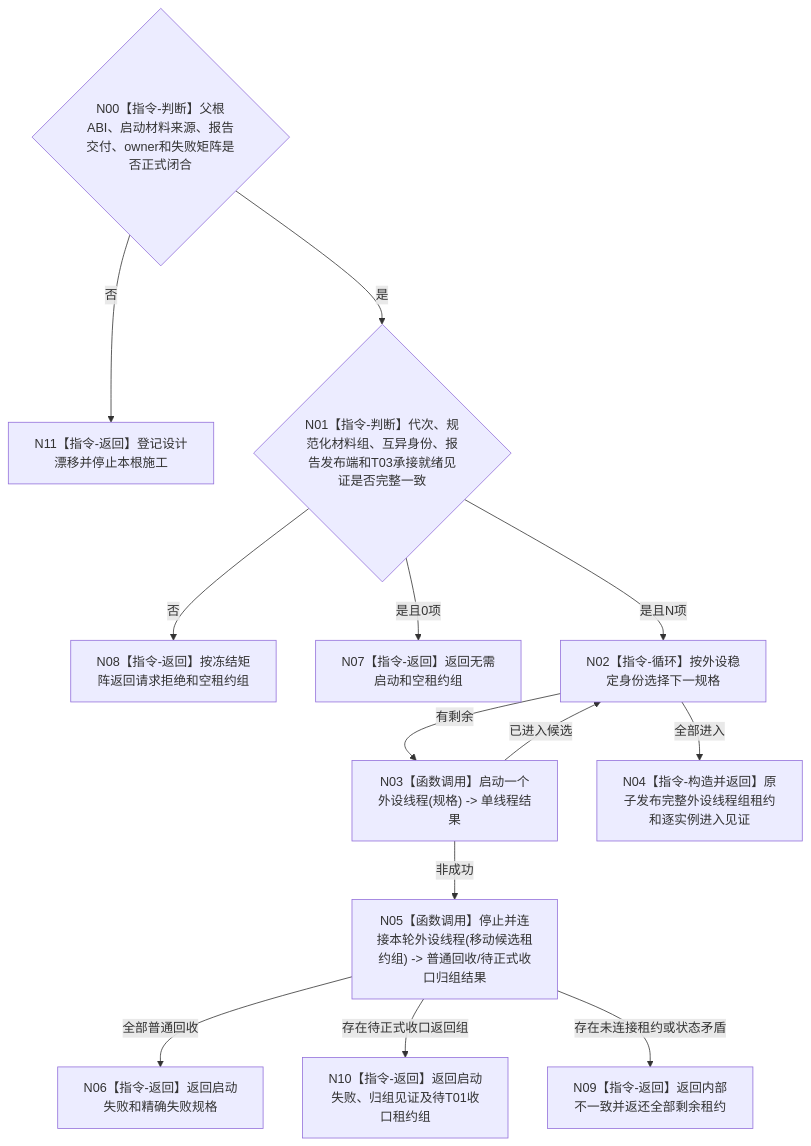
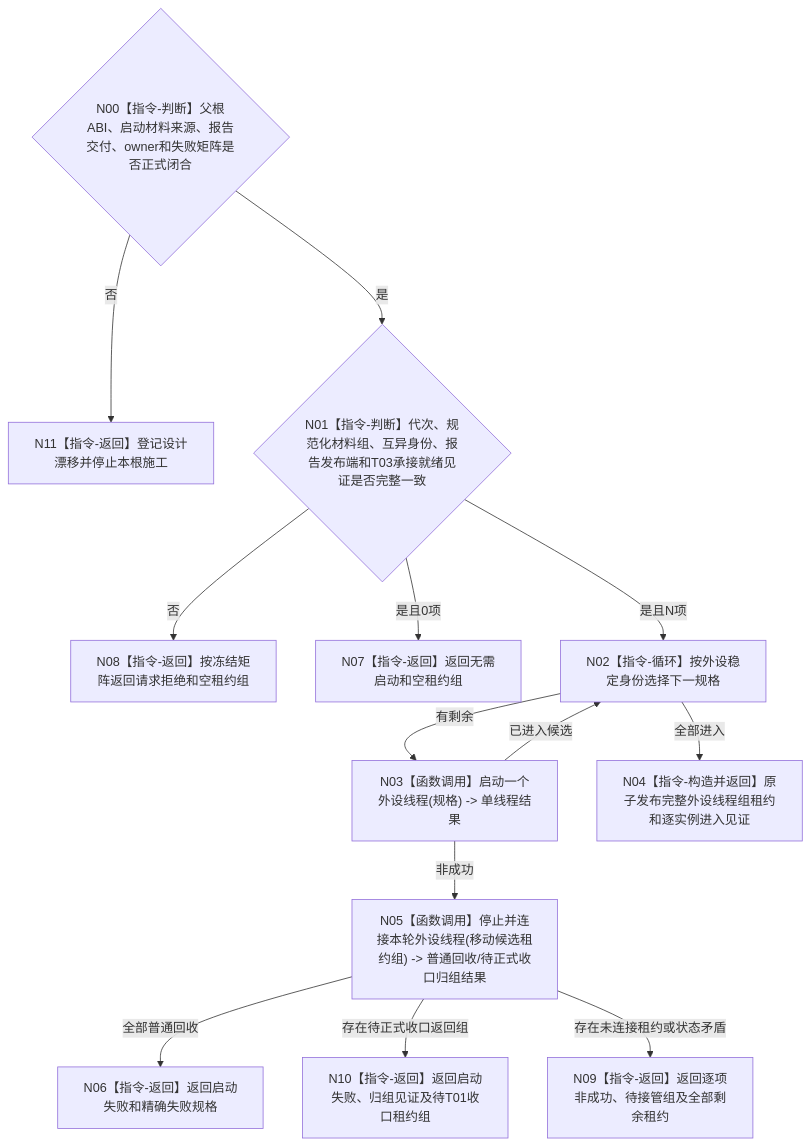
Before and after one commit to chunhaizh-cyber/HY-Ego: the diagram in 流程图/目标业务流程图/L2/BIZ-L2-001-07_启动外设线程组_目标函数流程图_v0.1.md, drawn with Mermaid. The commit also changed other lines of this file and 9 other files, not shown here.

````diff
--- a/流程图/目标业务流程图/L2/BIZ-L2-001-07_启动外设线程组_目标函数流程图_v0.1.md
+++ b/流程图/目标业务流程图/L2/BIZ-L2-001-07_启动外设线程组_目标函数流程图_v0.1.md
@@ -31,15 +31,15 @@
 ```mermaid
 flowchart TD
     N00{"N00【指令-判断】父根ABI、启动材料来源、报告交付、owner和失败矩阵是否正式闭合"} -->|否| N11["N11【指令-返回】登记设计漂移并停止本根施工"]
     N00 -->|是| N01{"N01【指令-判断】代次、规范化材料组、互异身份、报告发布端和T03承接就绪见证是否完整一致"}
     N01 -->|否| N08["N08【指令-返回】按冻结矩阵返回请求拒绝和空租约组"]
     N01 -->|是且0项| N07["N07【指令-返回】返回无需启动和空租约组"]
     N01 -->|是且N项| N02["N02【指令-循环】按外设稳定身份选择下一规格"]
     N02 -->|有剩余| N03["N03【函数调用】启动一个外设线程(规格) -> 单线程结果"]
     N03 -->|已进入候选| N02
     N03 -->|非成功| N05["N05【函数调用】停止并连接本轮外设线程(移动候选租约组) -> 普通回收/待正式收口归组结果"]
     N02 -->|全部进入| N04["N04【指令-构造并返回】原子发布完整外设线程组租约和逐实例进入见证"]
     N05 -->|全部普通回收| N06["N06【指令-返回】返回启动失败和精确失败规格"]
     N05 -->|存在待正式收口返回组| N10["N10【指令-返回】返回启动失败、归组见证及待T01收口租约组"]
-    N05 -->|存在未连接租约或状态矛盾| N09["N09【指令-返回】返回内部不一致并返还全部剩余租约"]
+    N05 -->|存在未连接租约或状态矛盾| N09["N09【指令-返回】返回逐项非成功、待接管组及全部剩余租约"]
 ```
````
